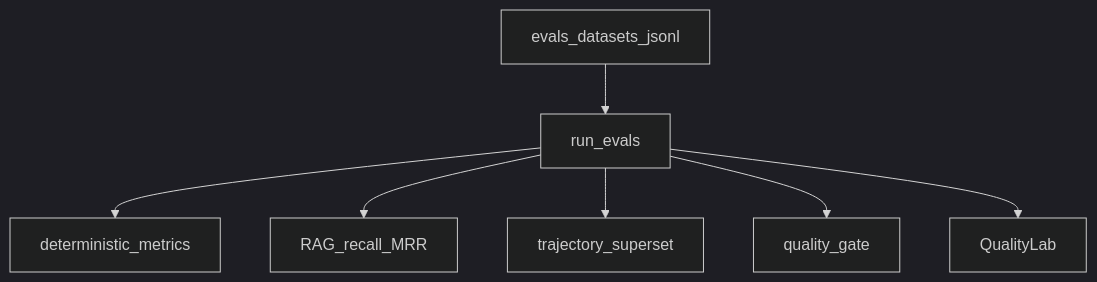
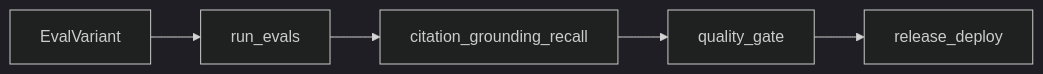
The diagram in docs/architecture/evaluation-pipeline.mmd (AdamCage/scoring-ai-agents-langchain), drawn with Mermaid (dark theme) before and after one commit. The commit also changed 80 other files, not shown here.

```diff
--- a/docs/architecture/evaluation-pipeline.mmd
+++ b/docs/architecture/evaluation-pipeline.mmd
@@ -1,15 +1,7 @@
-flowchart TD
-  Datasets[evals_datasets_jsonl]
+flowchart LR
+  Variants[EvalVariant]
   Runner[run_evals]
-  Det[deterministic_metrics]
-  RAG[RAG_recall_MRR]
-  Traj[trajectory_superset]
+  Metrics[citation_grounding_recall]
   Gate[quality_gate]
-  Lab[QualityLab]
-
-  Datasets --> Runner
-  Runner --> Det
-  Runner --> RAG
-  Runner --> Traj
-  Runner --> Gate
-  Runner --> Lab
+  Deploy[release_deploy]
+  Variants --> Runner --> Metrics --> Gate --> Deploy
```
